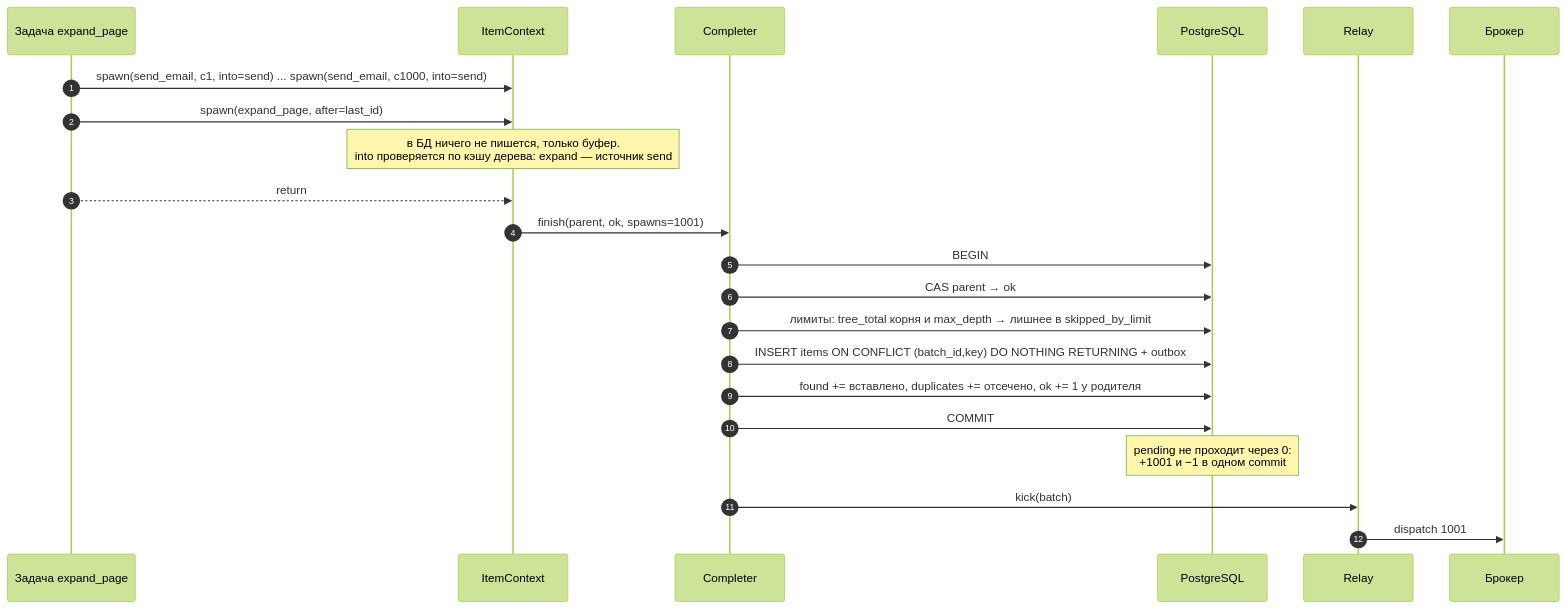
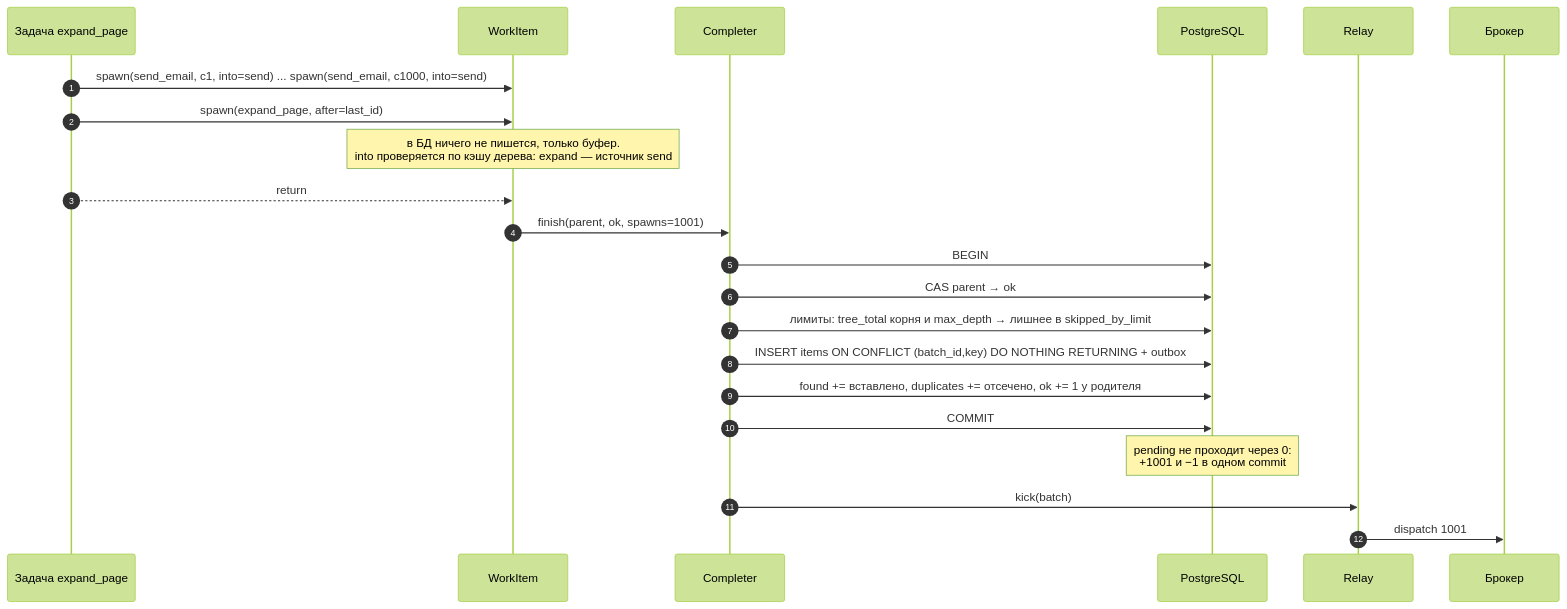
One commit to 0cherednoq/Tallyho changed diagram 17 of 43 in docs/ARCHITECTURE.md. Above: the diagram before and after it, drawn with Mermaid (forest theme). The commit also changed other lines of this file and 61 other files, not shown here.

````diff
--- a/docs/ARCHITECTURE.md
+++ b/docs/ARCHITECTURE.md
@@ -1108,25 +1108,25 @@
 ```mermaid
 sequenceDiagram
     autonumber
     participant T as Задача expand_page
-    participant Ctx as ItemContext
+    participant Ctx as WorkItem
     participant C as Completer
     participant DB as PostgreSQL
     participant R as Relay
     participant B as Брокер
 
     T->>Ctx: spawn(send_email, c1, into=send) ... spawn(send_email, c1000, into=send)
     T->>Ctx: spawn(expand_page, after=last_id)
     Note over Ctx: в БД ничего не пишется, только буфер.<br/>into проверяется по кэшу дерева: expand — источник send
     T-->>Ctx: return
     Ctx->>C: finish(parent, ok, spawns=1001)
     C->>DB: BEGIN
     C->>DB: CAS parent → ok
     C->>DB: лимиты: tree_total корня и max_depth → лишнее в skipped_by_limit
     C->>DB: INSERT items ON CONFLICT (batch_id,key) DO NOTHING RETURNING + outbox
     C->>DB: found += вставлено, duplicates += отсечено, ok += 1 у родителя
     C->>DB: COMMIT
     Note over DB: pending не проходит через 0:<br/>+1001 и −1 в одном commit
     C->>R: kick(batch)
     R->>B: dispatch 1001
 ```
````
